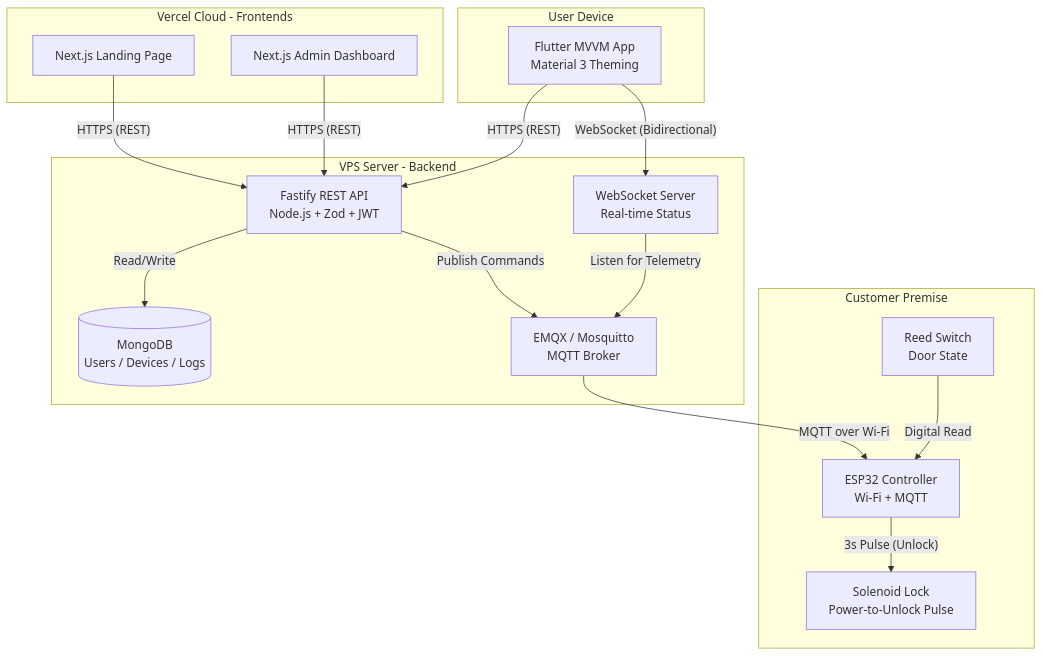
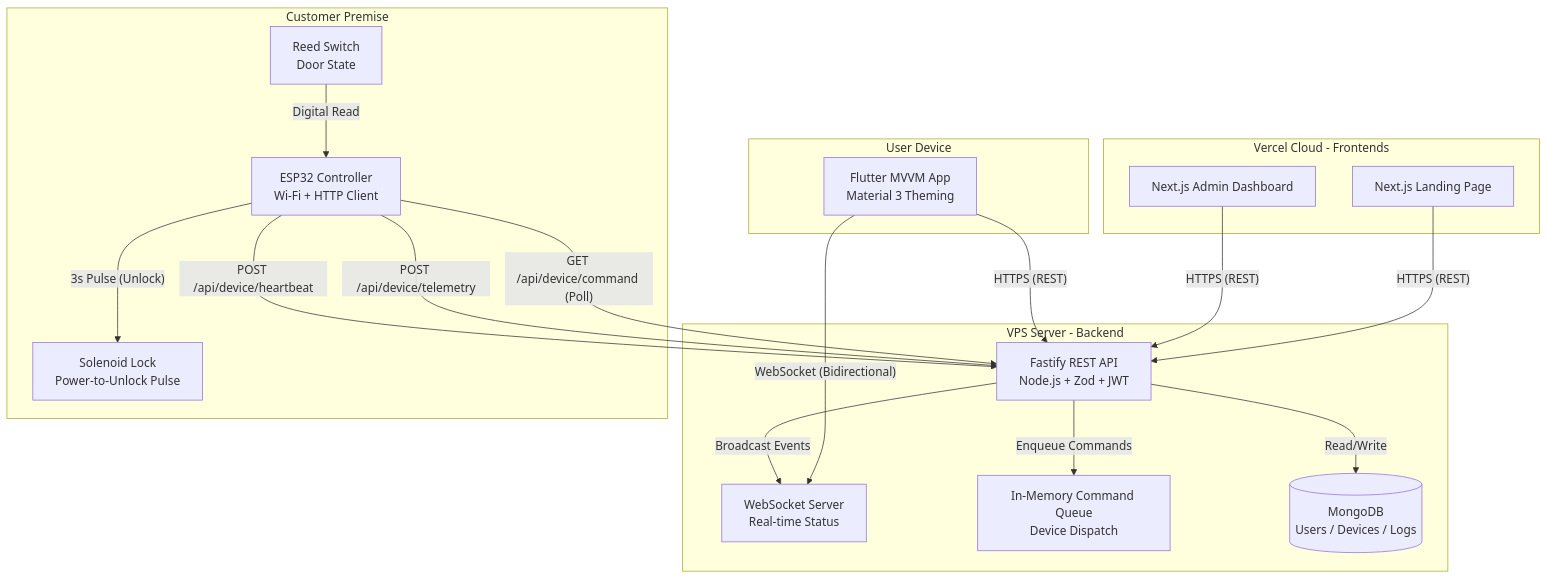
Before and after one commit to Ajayk2049/Smart_locker_system: the diagram in README.md, drawn with Mermaid. The commit also changed other lines of this file and 173 other files, not shown here.

Commit message:
-transitioning from mqtt based architecture to pure http/rest backend api -New admin page -Base mobile app -rewamped landing page -new login and signup pages -new schemas -New controllers

````diff
--- a/README.md
+++ b/README.md
@@ -7,37 +7,39 @@
 ```mermaid
 graph TD
     subgraph Vercel [Vercel Cloud - Frontends]
         Landing[Next.js Landing Page]
         Admin[Next.js Admin Dashboard]
     end
 
     subgraph Mobile [User Device]
         Flutter[Flutter MVVM App<br/>Material 3 Theming]
     end
 
     subgraph VPS [VPS Server - Backend]
         API[Fastify REST API<br/>Node.js + Zod + JWT]
         WS[WebSocket Server<br/>Real-time Status]
+        Queue[In-Memory Command Queue<br/>Device Dispatch]
         DB[(MongoDB<br/>Users / Devices / Logs)]
-        MQTT[EMQX / Mosquitto<br/>MQTT Broker]
     end
 
     subgraph Hardware [Customer Premise]
-        ESP32[ESP32 Controller<br/>Wi-Fi + MQTT]
+        ESP32[ESP32 Controller<br/>Wi-Fi + HTTP Client]
         Lock[Solenoid Lock<br/>Power-to-Unlock Pulse]
         Sensor[Reed Switch<br/>Door State]
     end
 
     Landing -- "HTTPS (REST)" --> API
     Admin -- "HTTPS (REST)" --> API
     Flutter -- "WebSocket (Bidirectional)" --> WS
     Flutter -- "HTTPS (REST)" --> API
     
     API -- "Read/Write" --> DB
-    API -- "Publish Commands" --> MQTT
-    WS -- "Listen for Telemetry" --> MQTT
+    API -- "Enqueue Commands" --> Queue
+    ESP32 -- "GET /api/device/command (Poll)" --> API
+    ESP32 -- "POST /api/device/telemetry" --> API
+    ESP32 -- "POST /api/device/heartbeat" --> API
+    API -- "Broadcast Events" --> WS
     
-    MQTT -- "MQTT over Wi-Fi" --> ESP32
     ESP32 -- "3s Pulse (Unlock)" --> Lock
     Sensor -- "Digital Read" --> ESP32
 ```
````
